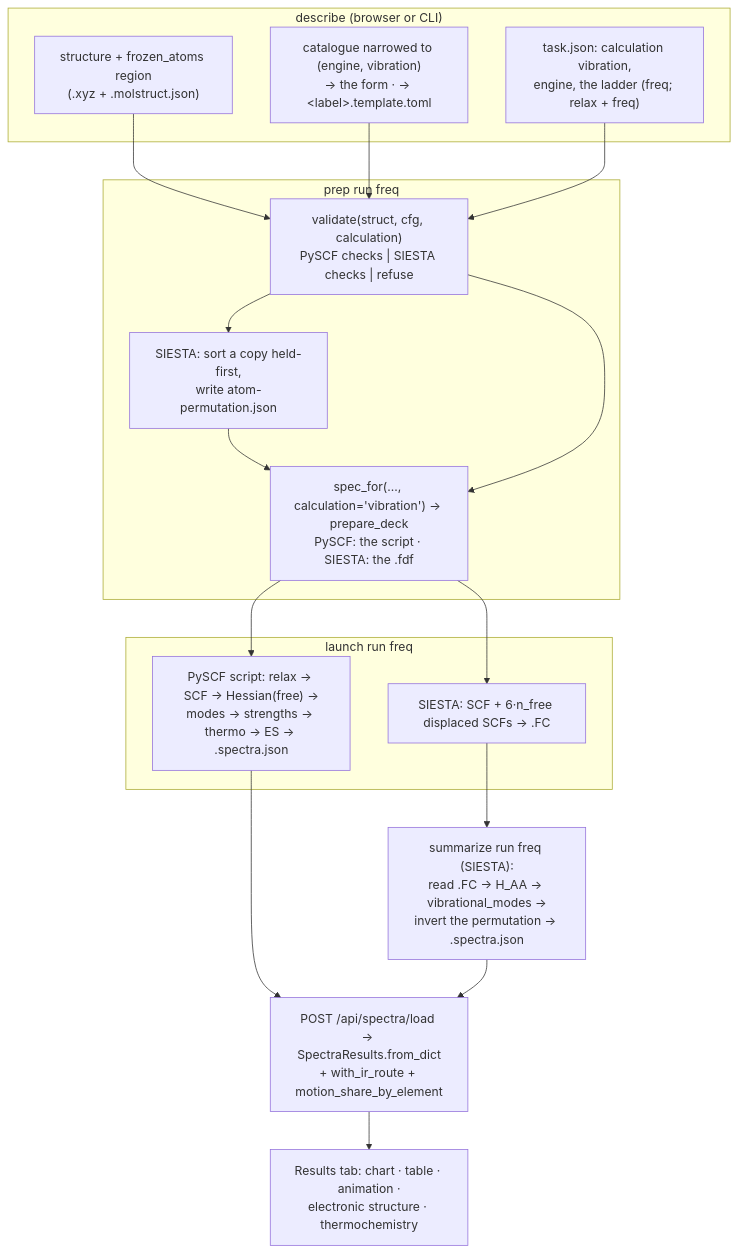
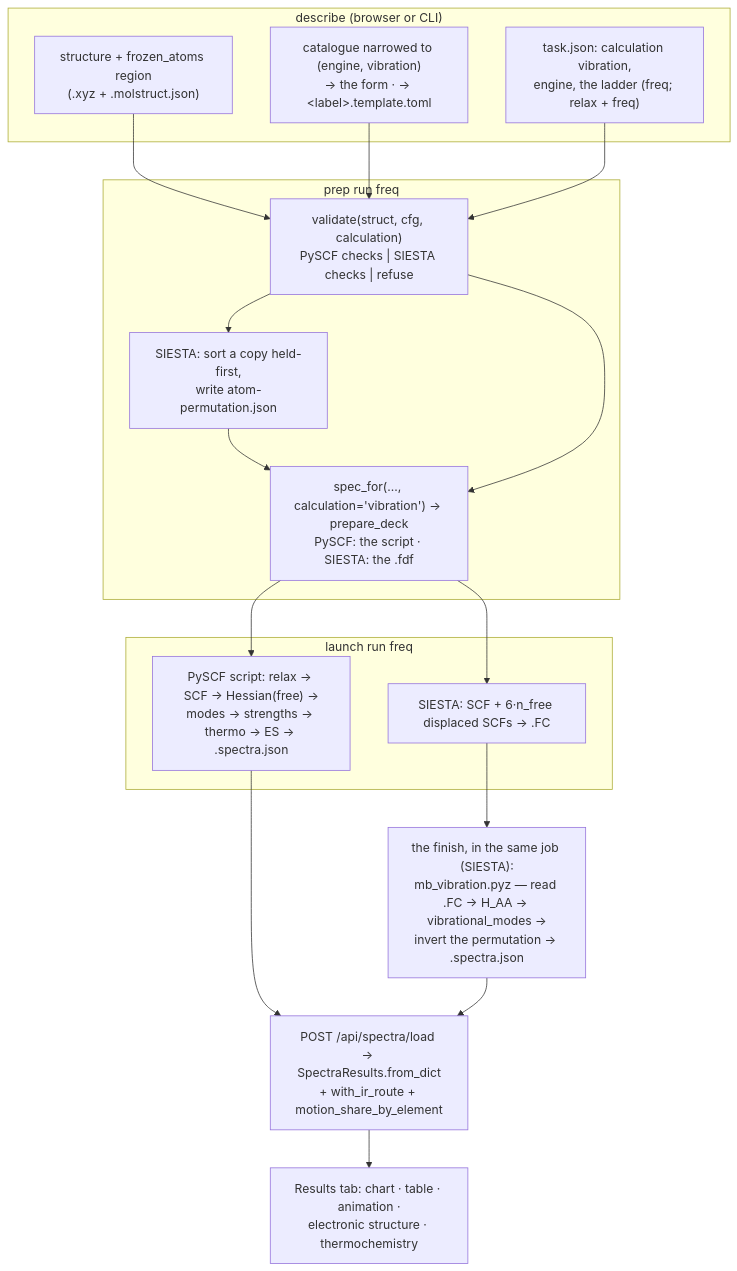
The second of 2 diagrams in docs/engines/vibration.md (Qing-LAB/molbuilder), drawn with Mermaid before and after one commit. The commit also changed other lines of this file and 61 other files, not shown here.

````diff
--- a/docs/engines/vibration.md
+++ b/docs/engines/vibration.md
@@ -1460,22 +1571,22 @@
 ```mermaid
 flowchart TB
   subgraph describe["describe (browser or CLI)"]
     ST["structure + frozen_atoms region<br/>(.xyz + .molstruct.json)"]
     CAT["catalogue narrowed to (engine, vibration)<br/>→ the form · → &lt;label&gt;.template.toml"]
     TJ["task.json: calculation vibration,<br/>engine, the ladder (freq; relax + freq)"]
   end
   subgraph prep["prep run freq"]
     G["validate(struct, cfg, calculation)<br/>PySCF checks #124; SIESTA checks #124; refuse"]
     SORT["SIESTA: sort a copy held-first,<br/>write atom-permutation.json"]
     D["spec_for(…, calculation='vibration') → prepare_deck<br/>PySCF: the script · SIESTA: the .fdf"]
   end
   subgraph run["launch run freq"]
     PY["PySCF script: relax → SCF → Hessian(free) →<br/>modes → strengths → thermo → ES → .spectra.json"]
     SI["SIESTA: SCF + 6·n_free displaced SCFs → .FC"]
   end
-  SUM["summarize run freq (SIESTA):<br/>read .FC → H_AA → vibrational_modes →<br/>invert the permutation → .spectra.json"]
+  SUM["the finish, in the same job (SIESTA):<br/>mb_vibration.pyz — read .FC → H_AA → vibrational_modes →<br/>invert the permutation → .spectra.json"]
   LOAD["POST /api/spectra/load → SpectraResults.from_dict<br/>+ with_ir_route + motion_share_by_element"]
   VIEW["Results tab: chart · table · animation ·<br/>electronic structure · thermochemistry"]
   ST --> G; CAT --> G; TJ --> G; G --> SORT --> D; G --> D
   D --> PY; D --> SI; SI --> SUM; PY --> LOAD; SUM --> LOAD; LOAD --> VIEW
 ```
````
